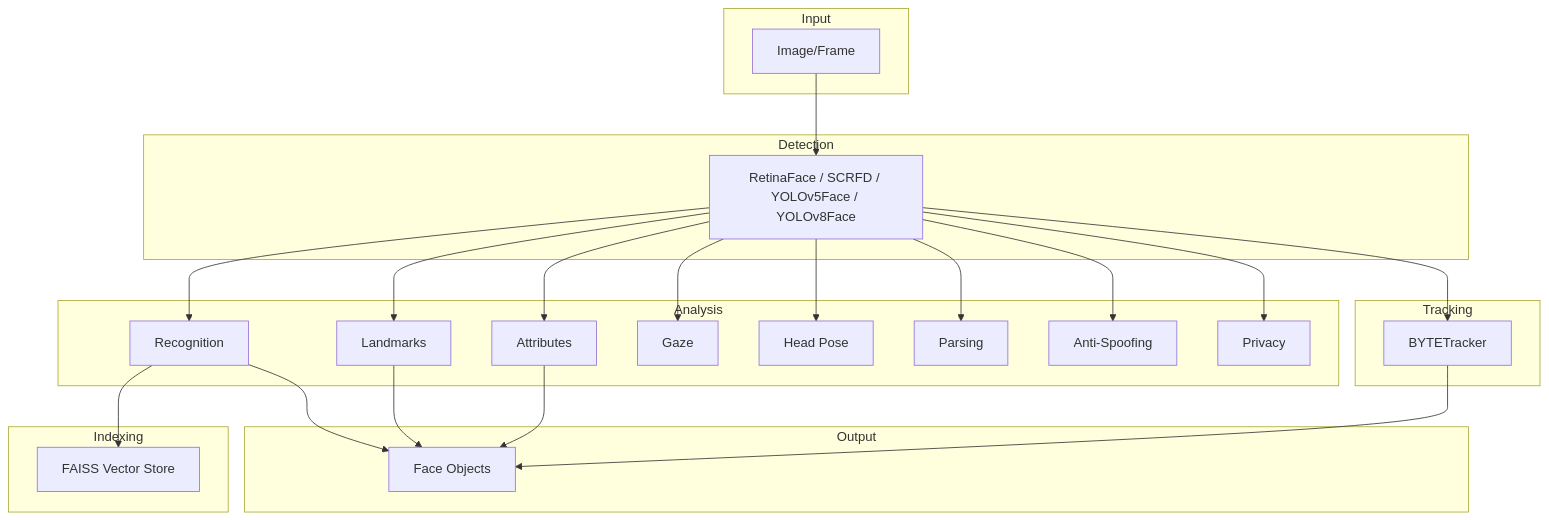
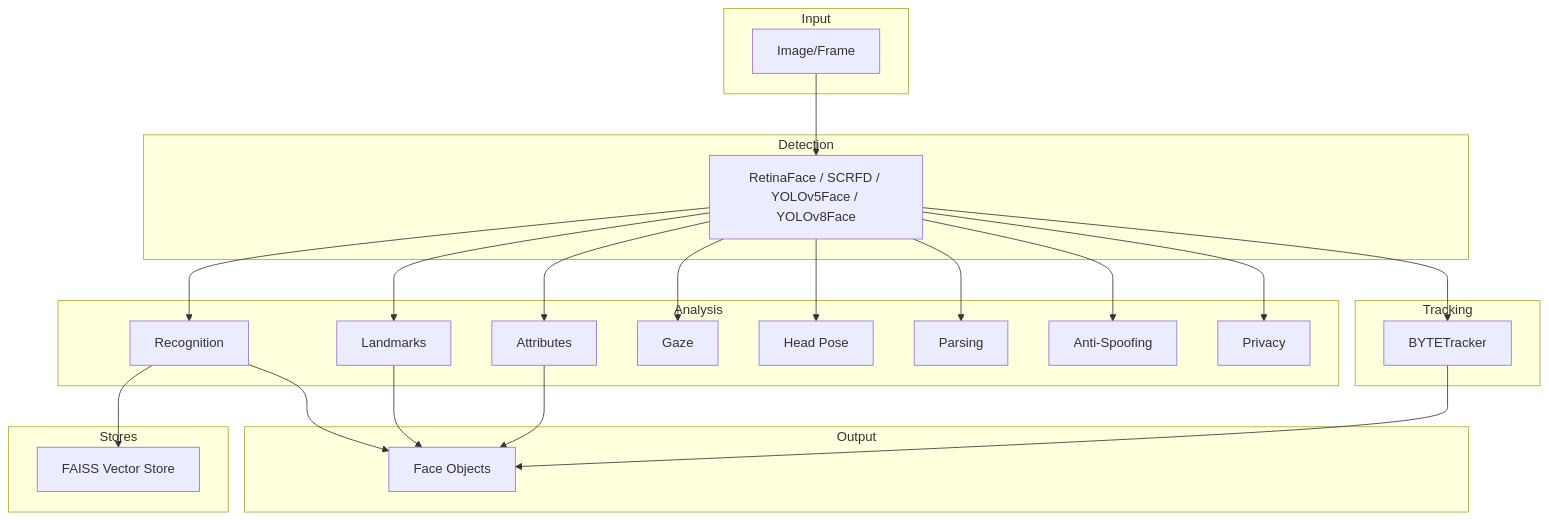
Before and after one commit to yakhyo/uniface: the diagram in docs/concepts/overview.md, drawn with Mermaid. The commit also changed other lines of this file and 47 other files, not shown here.

````diff
--- a/docs/concepts/overview.md
+++ b/docs/concepts/overview.md
@@ -11,49 +11,49 @@
 ```mermaid
 graph TB
     subgraph Input
         IMG[Image/Frame]
     end
 
     subgraph Detection
         DET[RetinaFace / SCRFD / YOLOv5Face / YOLOv8Face]
     end
 
     subgraph Analysis
         REC[Recognition]
         LMK[Landmarks]
         ATTR[Attributes]
         GAZE[Gaze]
         HPOSE[Head Pose]
         PARSE[Parsing]
         SPOOF[Anti-Spoofing]
         PRIV[Privacy]
     end
 
     subgraph Tracking
         TRK[BYTETracker]
     end
 
-    subgraph Indexing
+    subgraph Stores
         IDX[FAISS Vector Store]
     end
 
     subgraph Output
         FACE[Face Objects]
     end
 
     IMG --> DET
     DET --> REC
     DET --> LMK
     DET --> ATTR
     DET --> GAZE
     DET --> HPOSE
     DET --> PARSE
     DET --> SPOOF
     DET --> PRIV
     DET --> TRK
     REC --> IDX
     REC --> FACE
     LMK --> FACE
     ATTR --> FACE
     TRK --> FACE
 ```
````
